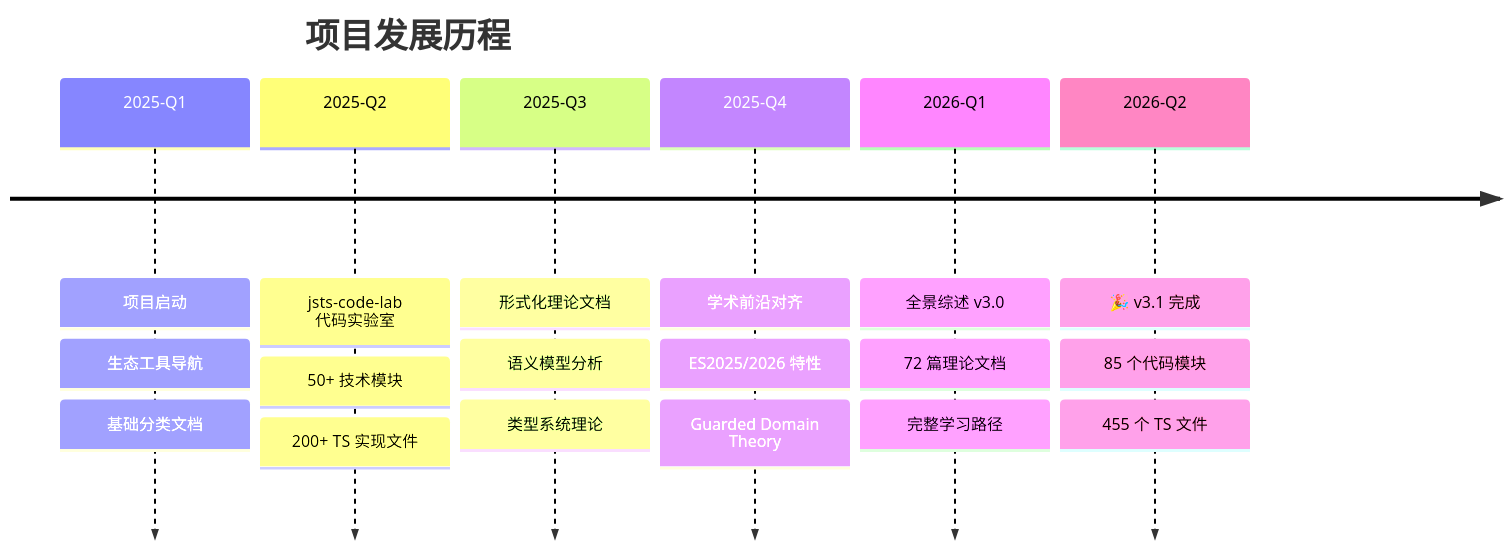
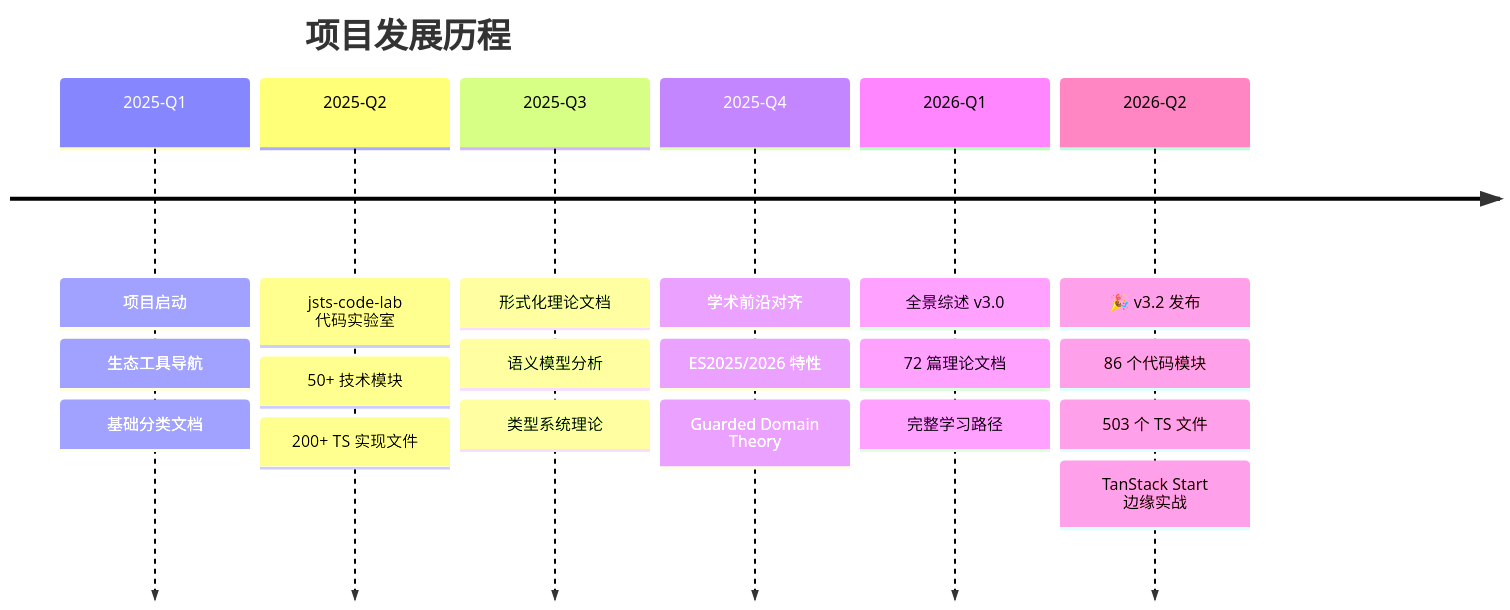
One commit to AdaMartin18010/JavaScriptTypeScript changed the first of 7 diagrams in FINAL_COMPLETION_REPORT.md. Above: the diagram before and after it, drawn with Mermaid. The commit also changed other lines of this file and 11 other files, not shown here.

````diff
--- a/FINAL_COMPLETION_REPORT.md
+++ b/FINAL_COMPLETION_REPORT.md
@@ -38,22 +38,23 @@
 ```mermaid
 timeline
     title 项目发展历程
     2025-Q1 : 项目启动
             : 生态工具导航
             : 基础分类文档
     2025-Q2 : jsts-code-lab 代码实验室
             : 50+ 技术模块
             : 200+ TS 实现文件
     2025-Q3 : 形式化理论文档
             : 语义模型分析
             : 类型系统理论
     2025-Q4 : 学术前沿对齐
             : ES2025/2026 特性
             : Guarded Domain Theory
     2026-Q1 : 全景综述 v3.0
             : 72 篇理论文档
             : 完整学习路径
-    2026-Q2 : 🎉 v3.1 完成
-            : 85 个代码模块
-            : 455 个 TS 文件
+    2026-Q2 : 🎉 v3.2 发布
+            : 86 个代码模块
+            : 503 个 TS 文件
+            : TanStack Start 边缘实战
 ```
````
